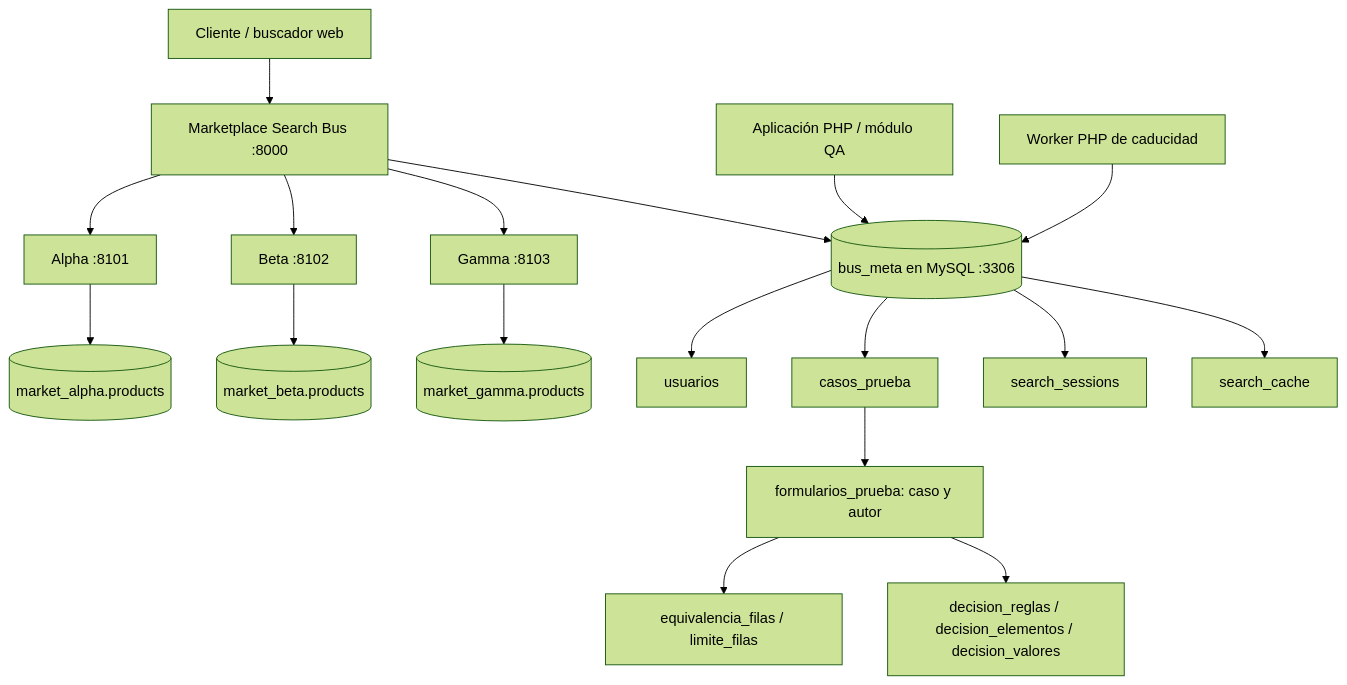
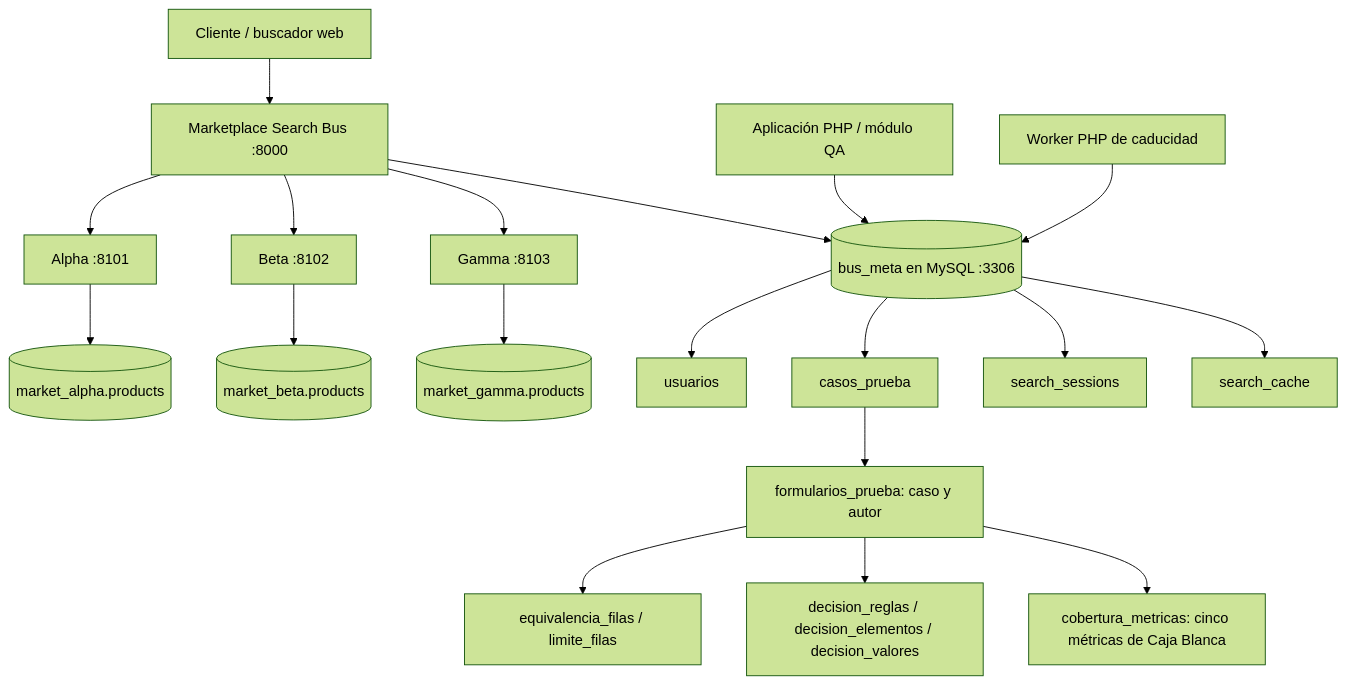
Before and after one commit to jrod-md/ISA3-P: the diagram in docs/architecture.md, drawn with Mermaid (forest theme). The commit also changed other lines of this file and 28 other files, not shown here.

````diff
--- a/docs/architecture.md
+++ b/docs/architecture.md
@@ -3,20 +3,21 @@
 ```mermaid
 flowchart TD
     Cliente[Cliente / buscador web] --> Bus[Marketplace Search Bus :8000]
     Bus --> Alpha[Alpha :8101]
     Bus --> Beta[Beta :8102]
     Bus --> Gamma[Gamma :8103]
     Alpha --> MA[(market_alpha.products)]
     Beta --> MB[(market_beta.products)]
     Gamma --> MG[(market_gamma.products)]
     Bus --> Meta[(bus_meta en MySQL :3306)]
     QA[Aplicación PHP / módulo QA] --> Meta
     Meta --> U[usuarios]
     Meta --> C[casos_prueba]
     C --> F[formularios_prueba: caso y autor]
     F --> E[equivalencia_filas / limite_filas]
     F --> D[decision_reglas / decision_elementos / decision_valores]
+    F --> CB[cobertura_metricas: cinco métricas de Caja Blanca]
     Meta --> S[search_sessions]
     Meta --> K[search_cache]
     Worker[Worker PHP de caducidad] --> Meta
 ```
````
